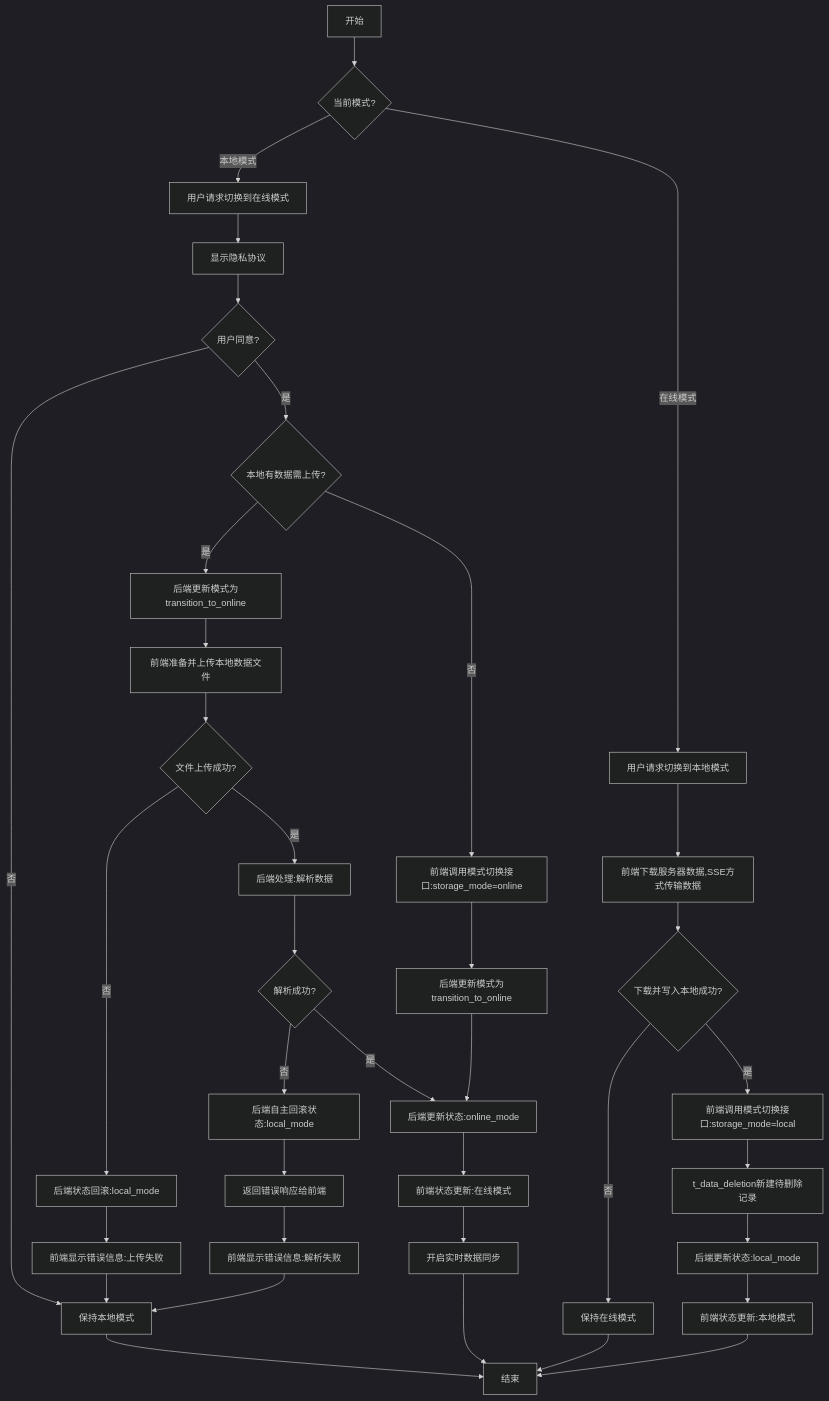
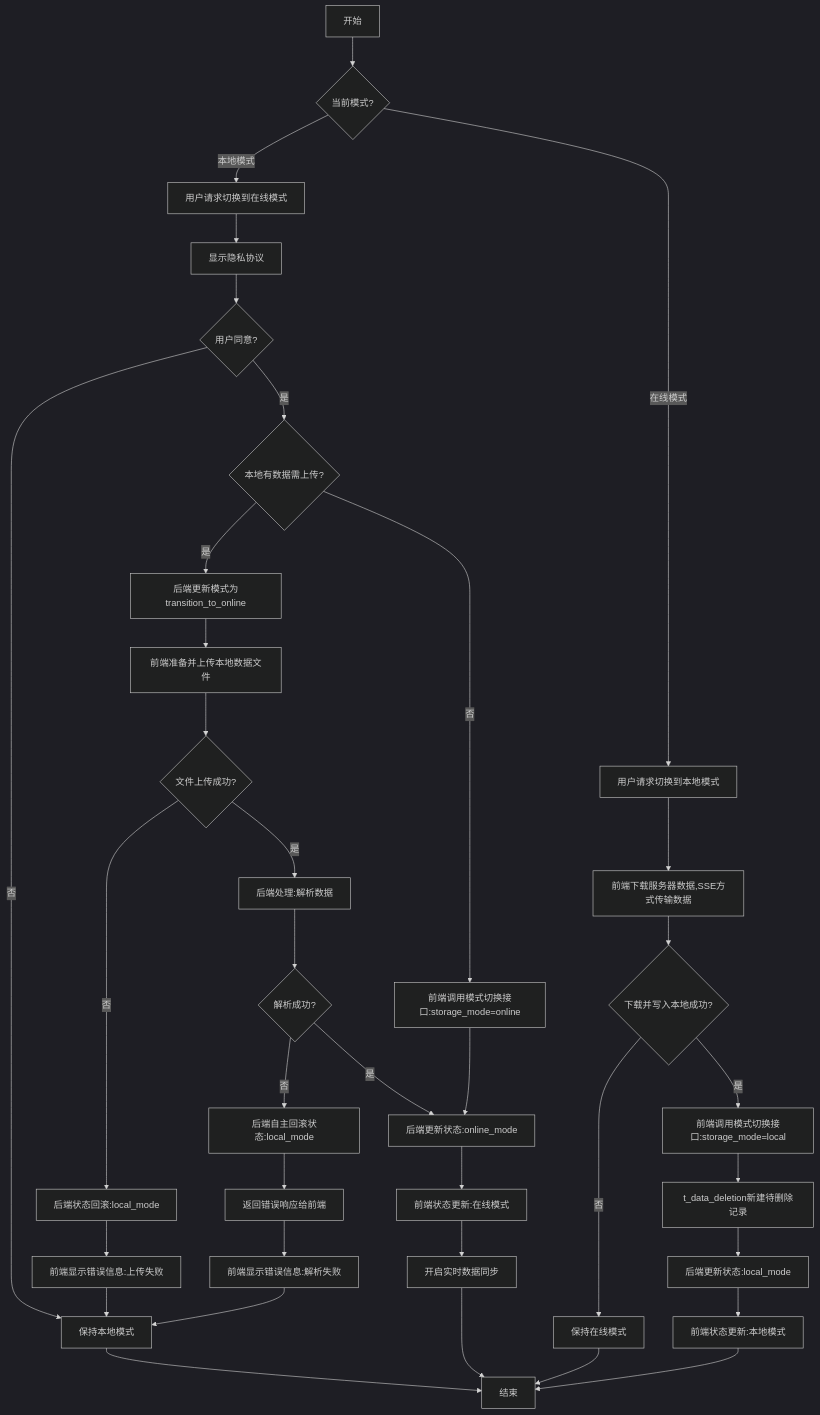
Before and after one commit to yingjianzh/iodraw-files: the diagram in all/未命名-68.md, drawn with Mermaid (dark theme).

Commit message:
2025-06-04 10:11:28 update

````diff
--- a/all/未命名-68.md
+++ b/all/未命名-68.md
@@ -1,58 +1,59 @@
 ```mermaid
 flowchart TD
     A[开始] --> B{当前模式?}
     
     %% 本地模式转在线模式
     B -->|本地模式| C[用户请求切换到在线模式]
     C --> D[显示隐私协议]
     D --> E{用户同意?}
 
     E -->|否| F[保持本地模式]
     F --> Z[结束]
     
     E -->|是| J{本地有数据需上传?}
     
     %% 有本地数据需上传的情况
     J -->|是| G1[后端更新模式为transition_to_online]
     G1 --> K[前端准备并上传本地数据文件]
     K --> L{文件上传成功?}
     
     %% 上传失败的情况
     L -->|否| N[后端状态回滚:local_mode]
     N --> O[前端显示错误信息:上传失败]
     O --> F
     
     %% 上传成功但解析失败的情况
     L -->|是| P[后端处理:解析数据]
     P --> Q{解析成功?}
     Q -->|否| R[后端自主回滚状态:local_mode]
     R --> S[返回错误响应给前端]
     S --> T[前端显示错误信息:解析失败]
     T --> F
     
     %% 全部成功的情况
     Q -->|是| U[后端更新状态:online_mode]
+    
+    %% 本地无数据直接更新为终态
     J -->|否| V[前端调用模式切换接口:storage_mode=online]
-    V --> G2[后端更新模式为transition_to_online]
-    G2 --> U
+    V --> U
     
     U --> W[前端状态更新:在线模式]
     W --> X[开启实时数据同步]
     X --> Z
     
     %% 在线模式转本地模式
     B -->|在线模式| AA[用户请求切换到本地模式]
     AA --> AE[前端下载服务器数据,SSE方式传输数据]
     AE --> AF{下载并写入本地成功?}
     
     %% 下载失败的情况
     AF -->|否| AJ[保持在线模式]
     AJ --> Z
     
     %% 下载成功的情况
     AF -->|是| AK[前端调用模式切换接口:storage_mode=local]
     AK --> AL[t_data_deletion新建待删除记录]
     AL --> AM[后端更新状态:local_mode]
     AM --> AN[前端状态更新:本地模式]
     AN --> Z
 ```
````
